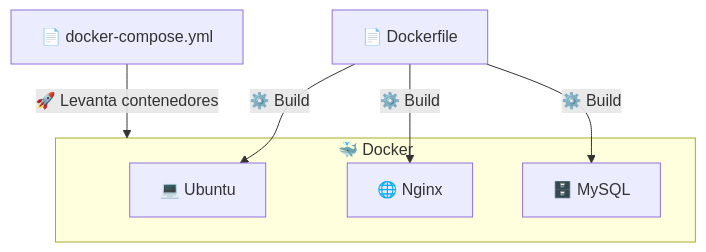
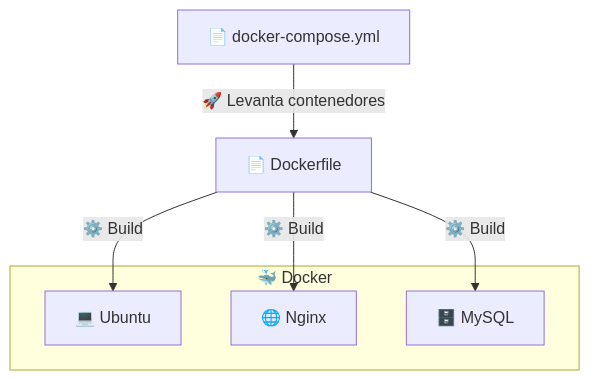
The second of 2 diagrams in SchemeServerIdea.md (donas11/https-roadmap.sh-projects-server-stats), drawn with Mermaid before and after one commit.

````diff
--- a/SchemeServerIdea.md
+++ b/SchemeServerIdea.md
@@ -53,15 +53,15 @@
 ```mermaid
 graph TD;
     
     subgraph Docker["🐳 Docker"]
         Ubuntu["💻 Ubuntu"]
         Nginx["🌐 Nginx"]
         MySQL["🗄️ MySQL"]
     end
 
     Dockerfile["📄 Dockerfile"] -->|⚙️ Build| Ubuntu
     Dockerfile -->|⚙️ Build| Nginx
     Dockerfile -->|⚙️ Build| MySQL
 
-    DockerCompose["📄 docker-compose.yml"] -->|🚀 Levanta contenedores| Docker
+    DockerCompose["📄 docker-compose.yml"] -->|🚀 Levanta contenedores| Dockerfile
 ```
````
